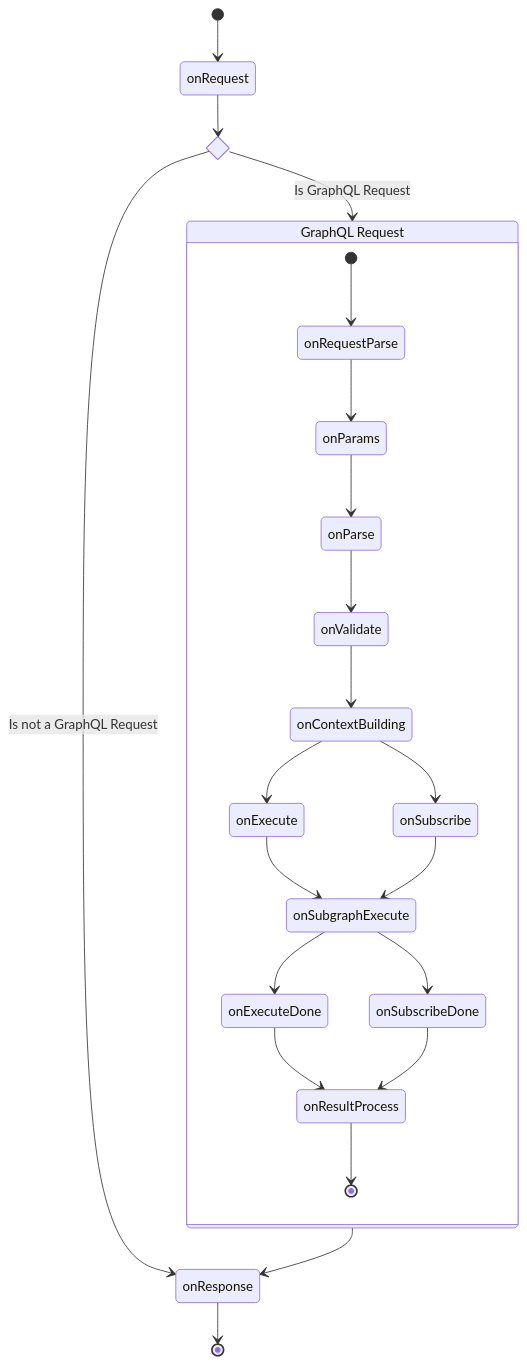
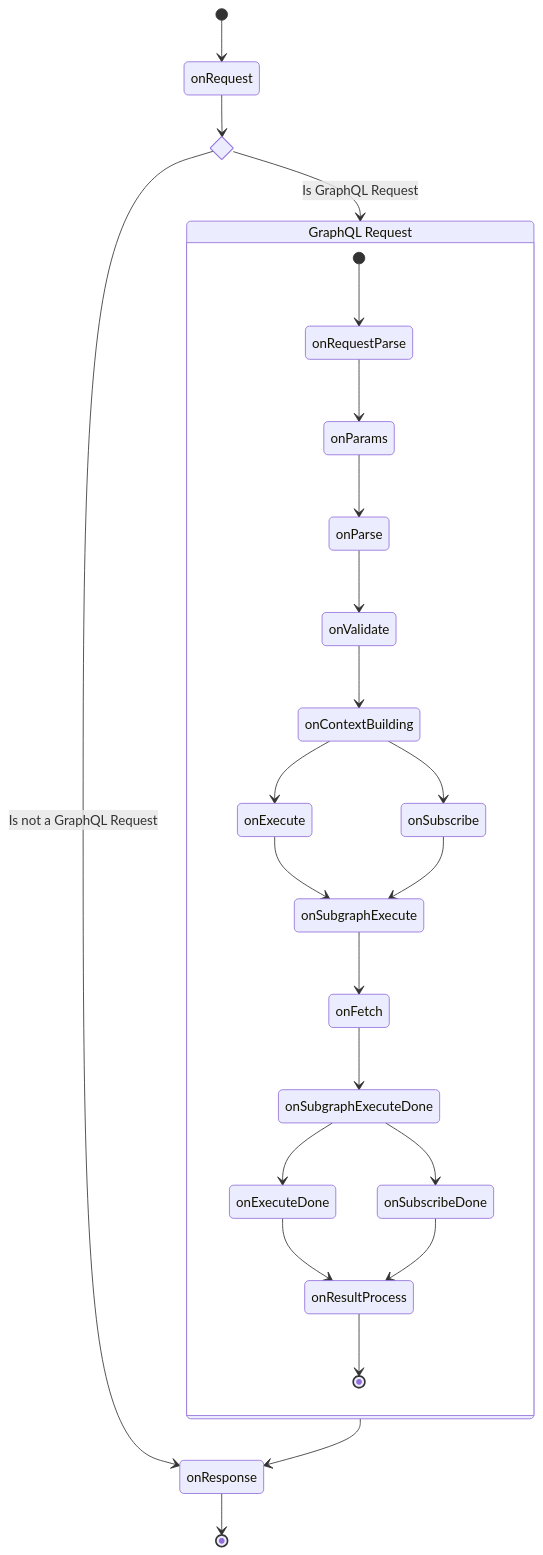
Before and after one commit to ardatan/graphql-mesh: the diagram in website/src/pages/v1/serve/features/custom-plugins.mdx, drawn with Mermaid. The commit also changed other lines of this file, not shown here.

Commit message:
Add onFetch hook to the docs

````diff
--- a/website/src/pages/v1/serve/features/custom-plugins.mdx
+++ b/website/src/pages/v1/serve/features/custom-plugins.mdx
@@ -60,38 +60,41 @@
 ```mermaid
 stateDiagram-v2
     [*] --> onRequest
 
     state onRequest_if_state <<choice>>
 
     onRequest --> onRequest_if_state
 
     onRequest_if_state --> onResponse: Is not a GraphQL Request
     onRequest_if_state --> GraphQLRequest: Is GraphQL Request
 
     GraphQLRequest: GraphQL Request
 
     state GraphQLRequest {
       [*] --> onRequestParse
       onRequestParse --> onParams
       onParams --> onParse
       onParse --> onValidate
       onValidate --> onContextBuilding
       onContextBuilding --> onExecute
       onContextBuilding --> onSubscribe
 
       onExecute --> onSubgraphExecute
       onSubscribe --> onSubgraphExecute
 
-      onSubgraphExecute --> onExecuteDone
-      onSubgraphExecute --> onSubscribeDone
+      onSubgraphExecute --> onFetch
+      onFetch --> onSubgraphExecuteDone
+
+      onSubgraphExecuteDone --> onExecuteDone
+      onSubgraphExecuteDone --> onSubscribeDone
 
       onExecuteDone --> onResultProcess
       onSubscribeDone --> onResultProcess
 
       onResultProcess --> [*]
     }
 
     GraphQLRequest --> onResponse
     onResponse --> [*]
 
 ```
````
